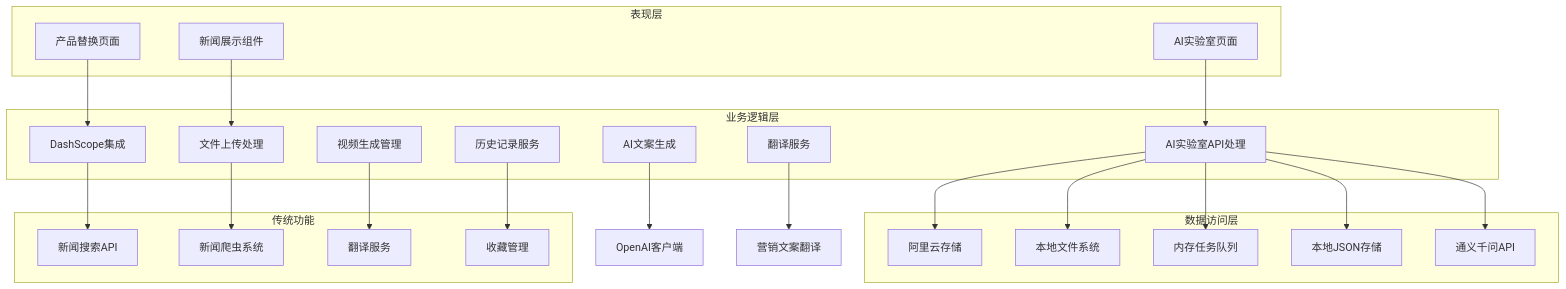
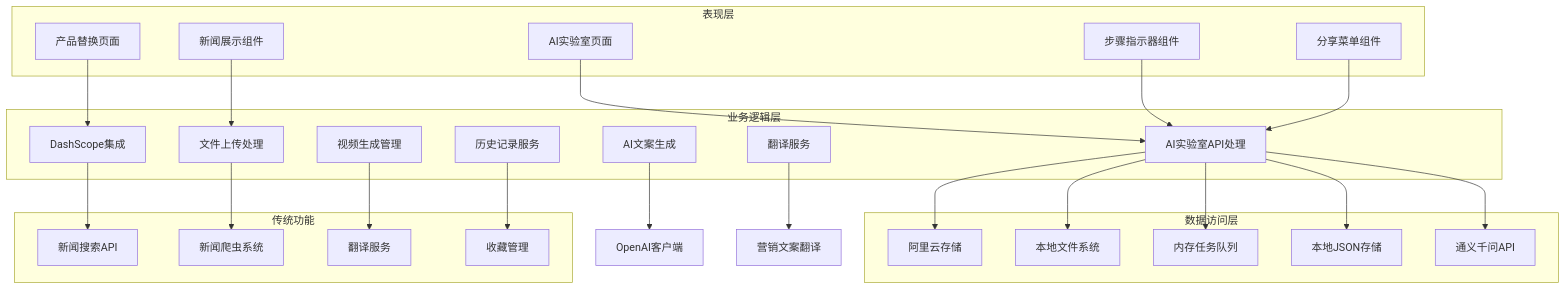
The fourth of 16 diagrams in .qoder/repowiki/zh/content/核心功能模块/AI实验室模块.md (zuozuoliu740-cmd/xianxiong-news), drawn with Mermaid before and after one commit. The commit also changed other lines of this file and 5 other files, not shown here.

Commit message:
P2: 接入通义万相图生视频API - 替换Mock为真实DashScope调用

````diff
--- a/.qoder/repowiki/zh/content/核心功能模块/AI实验室模块.md
+++ b/.qoder/repowiki/zh/content/核心功能模块/AI实验室模块.md
@@ -204,44 +222,48 @@
 ```mermaid
 graph TB
 subgraph "表现层"
 A[AI实验室页面]
 B[产品替换页面]
 C[新闻展示组件]
+D[步骤指示器组件]
+E[分享菜单组件]
 end
 subgraph "业务逻辑层"
-D[AI实验室API处理]
-E[DashScope集成]
-F[文件上传处理]
-G[视频生成管理]
-H[历史记录服务]
-I[AI文案生成]
-J[翻译服务]
+F[AI实验室API处理]
+G[DashScope集成]
+H[文件上传处理]
+I[视频生成管理]
+J[历史记录服务]
+K[AI文案生成]
+L[翻译服务]
 end
 subgraph "数据访问层"
-K[阿里云存储]
-L[本地文件系统]
-M[内存任务队列]
-N[本地JSON存储]
-O[通义千问API]
+M[阿里云存储]
+N[本地文件系统]
+O[内存任务队列]
+P[本地JSON存储]
+Q[通义千问API]
 end
 subgraph "传统功能"
-P[新闻搜索API]
-Q[新闻爬虫系统]
-R[翻译服务]
-S[收藏管理]
+R[新闻搜索API]
+S[新闻爬虫系统]
+T[翻译服务]
+U[收藏管理]
 end
-A --> D
-B --> E
-C --> F
-D --> K
-D --> L
-D --> M
-D --> N
-D --> O
-E --> P
+A --> F
+B --> G
+C --> H
+D --> F
+E --> F
+F --> M
+F --> N
+F --> O
+F --> P
 F --> Q
 G --> R
 H --> S
-I --> T[OpenAI客户端]
-J --> U[营销文案翻译]
+I --> T
+J --> U
+K --> V[OpenAI客户端]
+L --> W[营销文案翻译]
 ```
````
